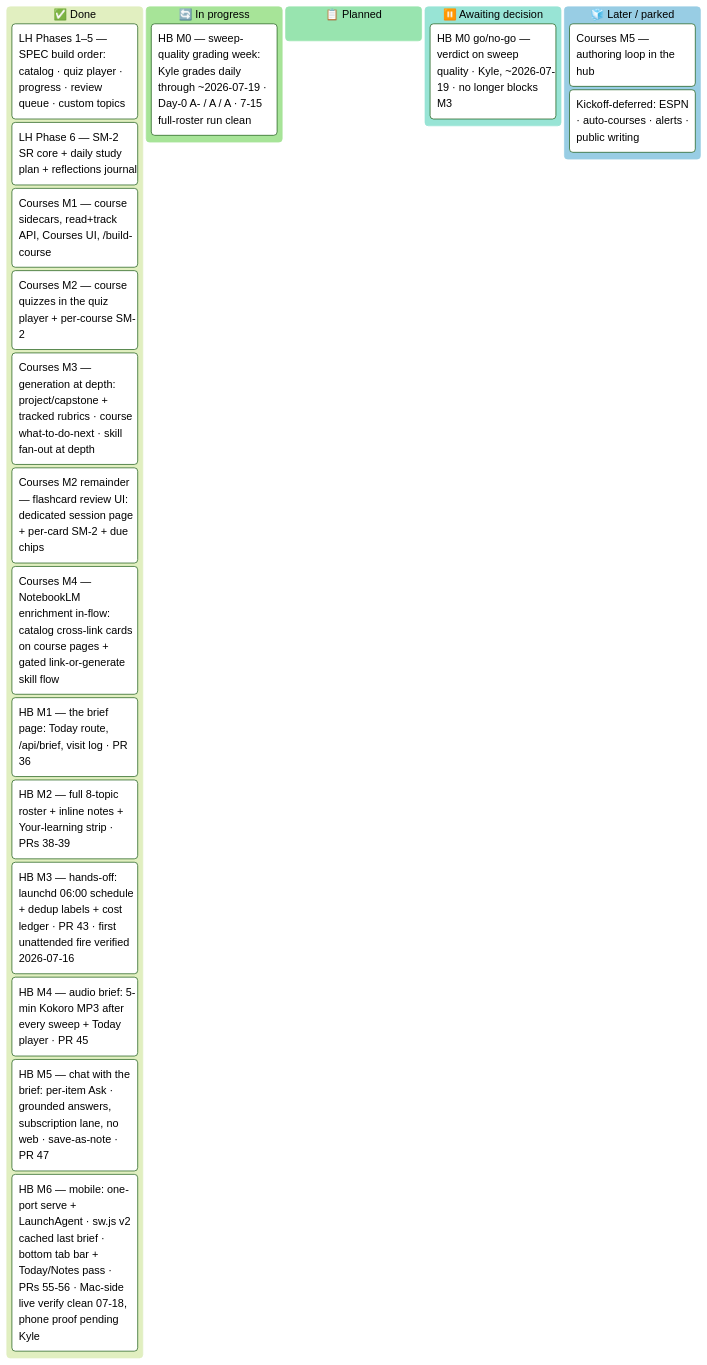
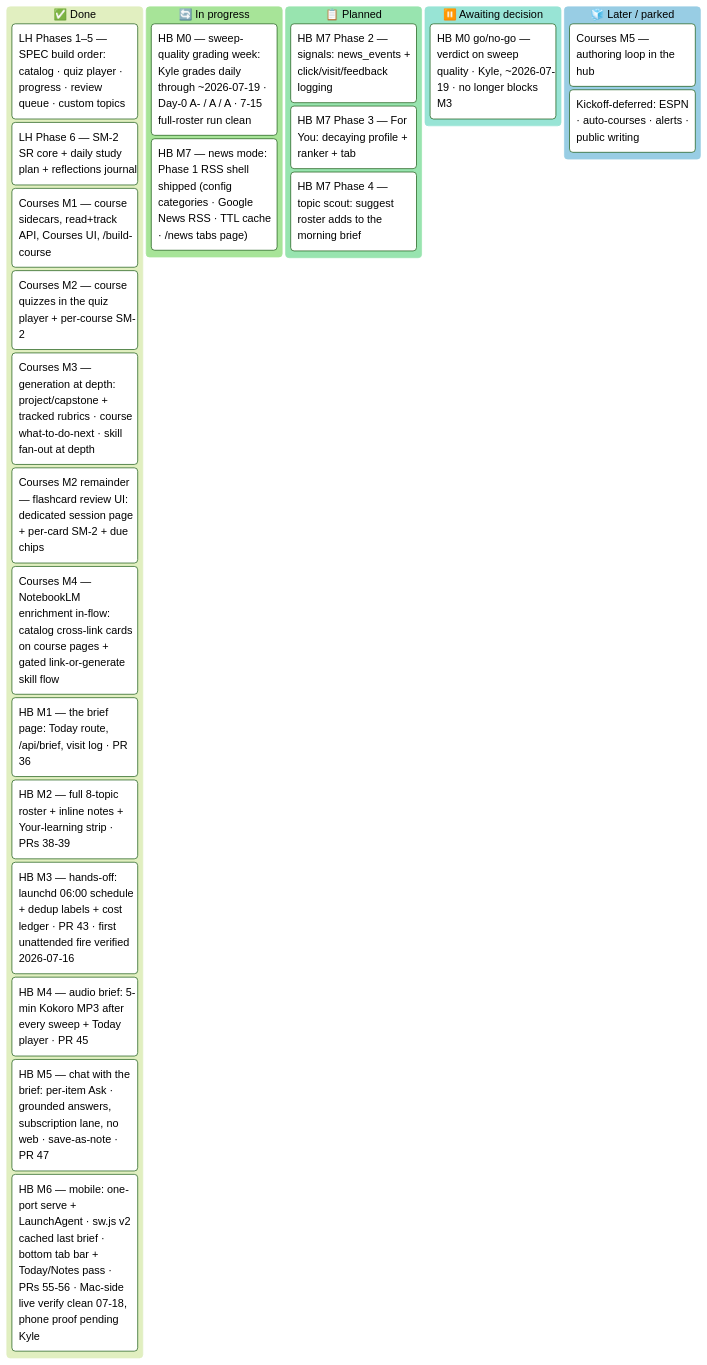
The diagram in docs/MASTER_PLAN.md (ksdisch/home-base), drawn with Mermaid (forest theme) before and after one commit. The commit also changed other lines of this file and 17 other files, not shown here.

First line of the commit message:
feat: M7 Phase 1 — news mode RSS shell (/news page + /api/news + cached Google News feeds)

````diff
--- a/docs/MASTER_PLAN.md
+++ b/docs/MASTER_PLAN.md
@@ -39,25 +39,29 @@
 ```mermaid
 kanban
   done["✅ Done"]
     lh15["LH Phases 1–5 — SPEC build order: catalog · quiz player · progress · review queue · custom topics"]
     lh6["LH Phase 6 — SM-2 SR core + daily study plan + reflections journal"]
     lh7["Courses M1 — course sidecars, read+track API, Courses UI, /build-course"]
     lh7m2["Courses M2 — course quizzes in the quiz player + per-course SM-2"]
     lh7m3["Courses M3 — generation at depth: project/capstone + tracked rubrics · course what-to-do-next · skill fan-out at depth"]
     lh7fc["Courses M2 remainder — flashcard review UI: dedicated session page + per-card SM-2 + due chips"]
     lh7m4["Courses M4 — NotebookLM enrichment in-flow: catalog cross-link cards on course pages + gated link-or-generate skill flow"]
     hbm1["HB M1 — the brief page: Today route, /api/brief, visit log · PR 36"]
     hbm2["HB M2 — full 8-topic roster + inline notes + Your-learning strip · PRs 38-39"]
     hbm3["HB M3 — hands-off: launchd 06:00 schedule + dedup labels + cost ledger · PR 43 · first unattended fire verified 2026-07-16"]
     hbm4["HB M4 — audio brief: 5-min Kokoro MP3 after every sweep + Today player · PR 45"]
     hbm5["HB M5 — chat with the brief: per-item Ask · grounded answers, subscription lane, no web · save-as-note · PR 47"]
     hbm6["HB M6 — mobile: one-port serve + LaunchAgent · sw.js v2 cached last brief · bottom tab bar + Today/Notes pass · PRs 55-56 · Mac-side live verify clean 07-18, phone proof pending Kyle"]
   doing["🔄 In progress"]
     hbm0["HB M0 — sweep-quality grading week: Kyle grades daily through ~2026-07-19 · Day-0 A- / A / A · 7-15 full-roster run clean"]
+    hbm7["HB M7 — news mode: Phase 1 RSS shell shipped (config categories · Google News RSS · TTL cache · /news tabs page)"]
   next["📋 Planned"]
+    hbm7p2["HB M7 Phase 2 — signals: news_events + click/visit/feedback logging"]
+    hbm7p3["HB M7 Phase 3 — For You: decaying profile + ranker + tab"]
+    hbm7p4["HB M7 Phase 4 — topic scout: suggest roster adds to the morning brief"]
   decide["⏸️ Awaiting decision"]
     hbm0verdict["HB M0 go/no-go — verdict on sweep quality · Kyle, ~2026-07-19 · no longer blocks M3"]
   later["🧊 Later / parked"]
     cm5["Courses M5 — authoring loop in the hub"]
     defer["Kickoff-deferred: ESPN · auto-courses · alerts · public writing"]
 ```
````
